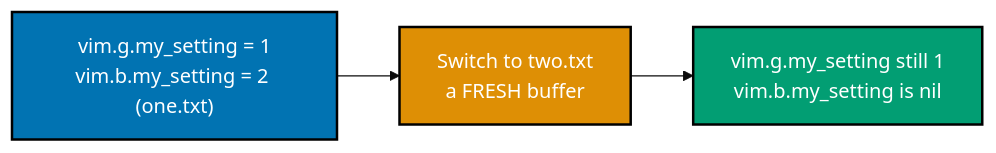
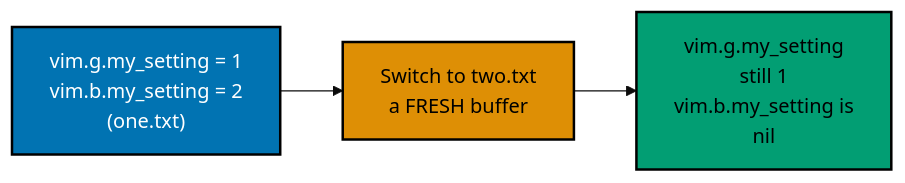
The seventh of 7 diagrams in apps/ayokoding-www/content/en/learn/courses/extending-neovim/learning/beginner.md (wahidyankf/ose-public), drawn with Mermaid (base theme) before and after one commit. The commit also changed other lines of this file and 144 other files, not shown here.

First line of the commit message:
fix(mermaid): bring the first half of the courses diagrams onto the accessible palette

````diff
--- a/apps/ayokoding-www/content/en/learn/courses/extending-neovim/learning/beginner.md
+++ b/apps/ayokoding-www/content/en/learn/courses/extending-neovim/learning/beginner.md
@@ -811,12 +829,15 @@
 ```mermaid
 %% Color Palette: Blue #0173B2, Orange #DE8F05, Teal #029E73
 flowchart LR
-    A["vim.g.my_setting = 1<br/>vim.b.my_setting = 2 (one.txt)"]:::blue
+    accTitle: Example 24: Scoped Variable Independence
+    accDescr: Flowchart with 3 nodes and 2 connections. Nodes: vim.g.my_setting = 1 vim.b.my_setting = 2 (one.txt), Switch to two.txt a FRESH buffer, vim.g.my_setting still 1 vim.b.my_setting is nil. Connections: vim.g.my_setting = 1 vim.b.my_setting = 2 (one.txt) to Switch to two.txt a FRESH buffer, Switch to two.txt a FRESH buffer to vim.g.my_setting still 1 vim.b.my_setting is nil.
+    A["vim.g.my_setting = 1<br/>vim.b.my_setting = 2<br/>(one.txt)"]:::blue
     B["Switch to two.txt<br/>a FRESH buffer"]:::orange
-    C["vim.g.my_setting still 1<br/>vim.b.my_setting is nil"]:::teal
+    C["vim.g.my_setting<br/>still 1<br/>vim.b.my_setting is<br/>nil"]:::teal
     A --> B --> C
 
     classDef blue fill:#0173B2,stroke:#000000,color:#FFFFFF,stroke-width:2px
-    classDef orange fill:#DE8F05,stroke:#000000,color:#FFFFFF,stroke-width:2px
-    classDef teal fill:#029E73,stroke:#000000,color:#FFFFFF,stroke-width:2px
+    classDef orange fill:#DE8F05,stroke:#000000,color:#000000,stroke-width:2px
+    classDef teal fill:#029E73,stroke:#000000,color:#000000,stroke-width:2px
+    classDef default fill:#FFFFFF,stroke:#000000,color:#000000
 ```
````
